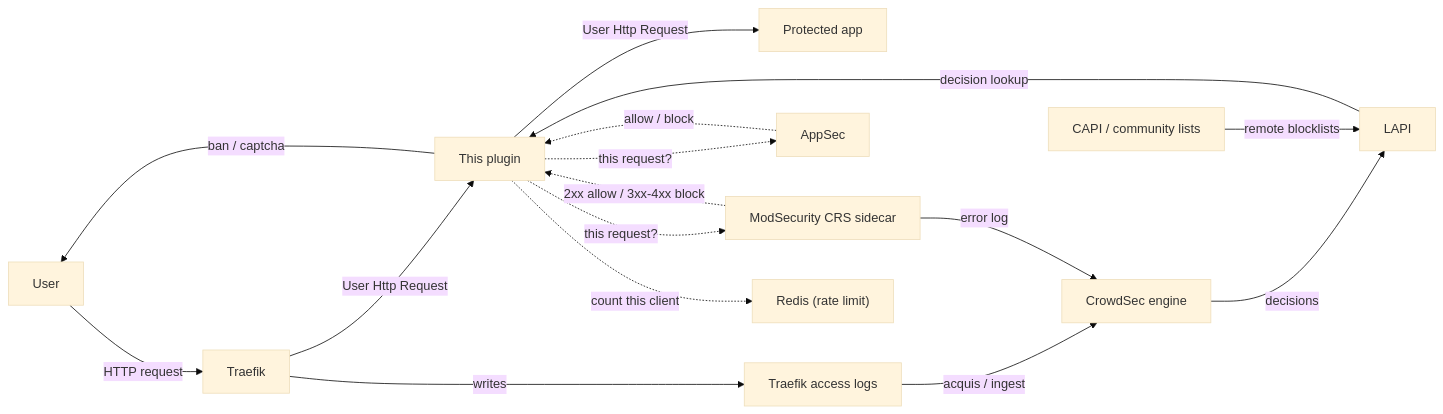
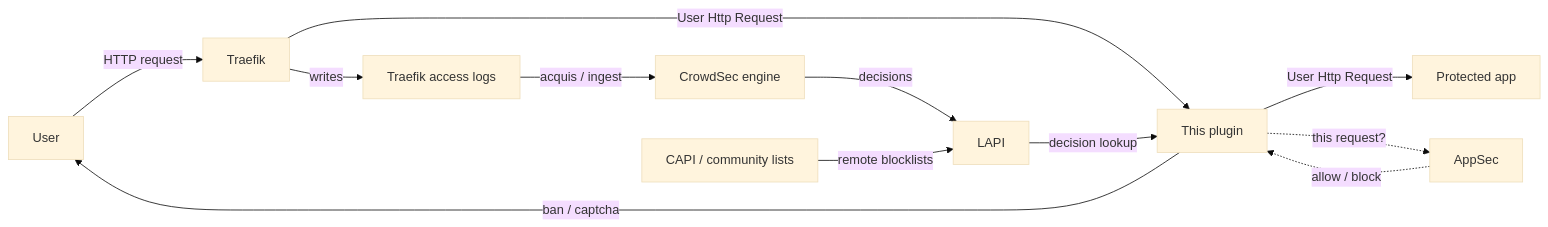
The diagram in README.md (david-garcia-garcia/crowdsec-bouncer-traefik-plugin), drawn with Mermaid (base theme) before and after one commit. The commit also changed other lines of this file and 23 other files, not shown here.

````diff
--- a/README.md
+++ b/README.md
@@ -72,30 +77,24 @@
 ```mermaid
 flowchart LR
   User["User"]
   Traefik["Traefik"]
   Plugin["This plugin"]
   Origin["Protected app"]
   Logs["Traefik access logs"]
   Engine["CrowdSec engine"]
   LAPI["LAPI"]
   CAPI["CAPI / community lists"]
   AppSec["AppSec"]
-  ModSec["ModSecurity CRS sidecar"]
-  Redis["Redis (rate limit)"]
 
   User -->|"HTTP request"| Traefik
   Traefik -->|"User Http Request"| Plugin
   Plugin -->|"User Http Request"| Origin
   Plugin -->|"ban / captcha"| User
   Traefik -->|"writes"| Logs
   Logs -->|"acquis / ingest"| Engine
   Engine -->|"decisions"| LAPI
   CAPI -->|"remote blocklists"| LAPI
   LAPI -->|"decision lookup"| Plugin
-  Plugin -.->|"count this client"| Redis
   Plugin -.->|"this request?"| AppSec
   AppSec -.->|"allow / block"| Plugin
-  Plugin -.->|"this request?"| ModSec
-  ModSec -.->|"2xx allow / 3xx-4xx block"| Plugin
-  ModSec -->|"error log"| Engine
 ```
````
